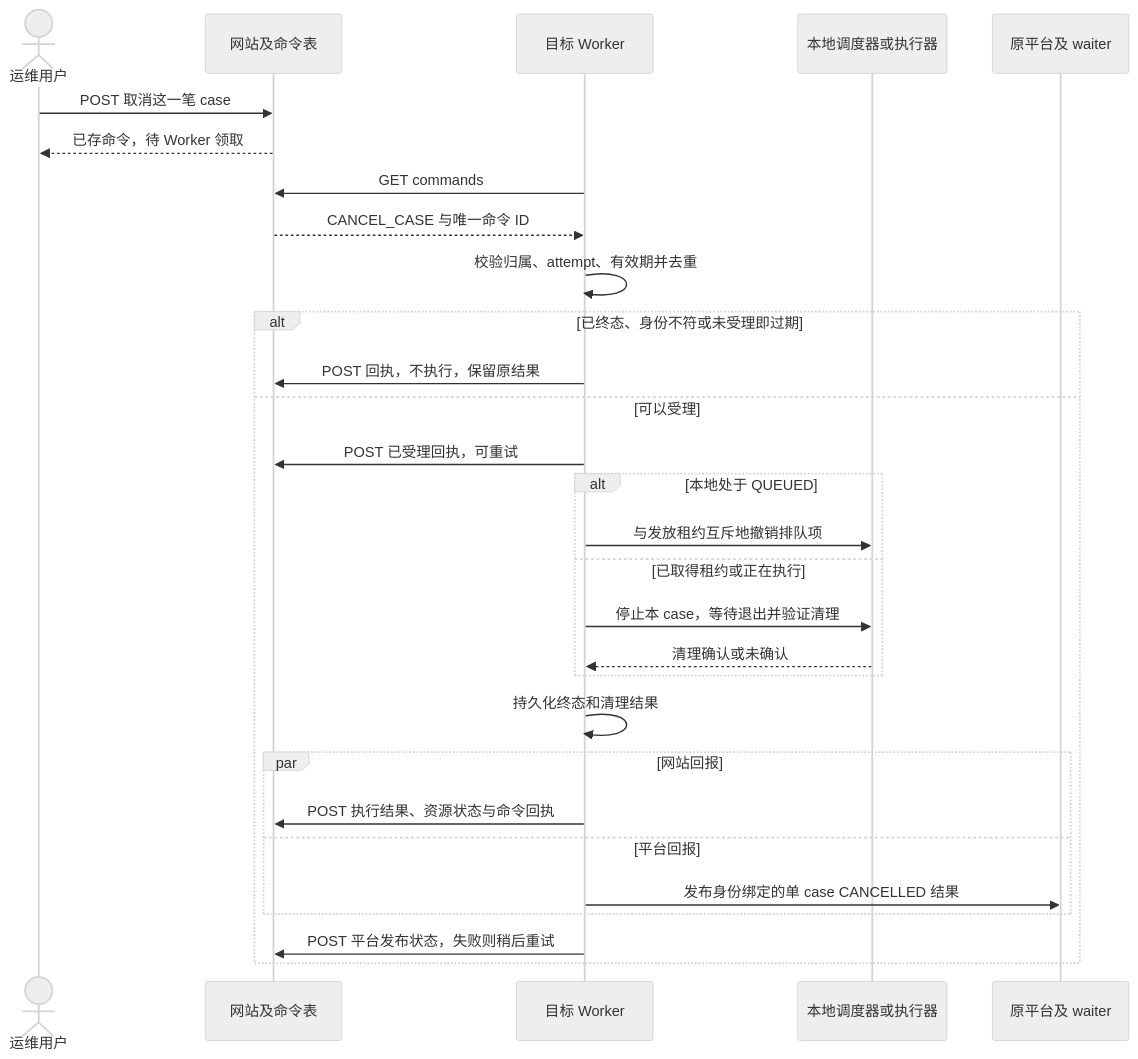
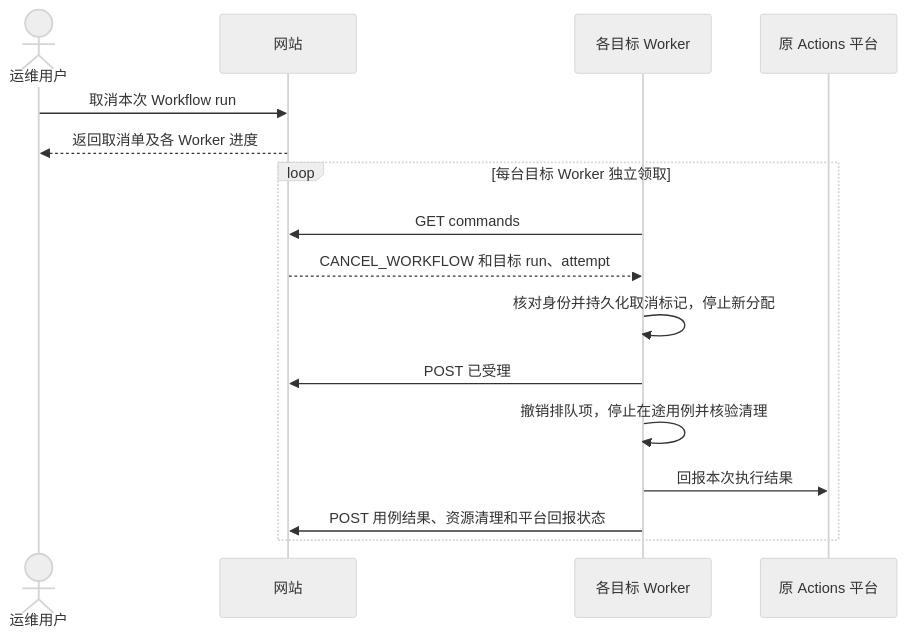
The second of 3 diagrams in control-center/docs/PRD.md (depeng1994/lite-actions), drawn with Mermaid (neutral theme) before and after one commit. The commit also changed other lines of this file, not shown here.

Commit message:
docs: simplify control center PRD and cancel by workflow run

````diff
--- a/control-center/docs/PRD.md
+++ b/control-center/docs/PRD.md
@@ -90,31 +59,18 @@
 ```mermaid
 sequenceDiagram
-    actor A as 运维用户
-    participant S as 网站及命令表
-    participant W as 目标 Worker
-    participant E as 本地调度器或执行器
-    participant P as 原平台及 waiter
-    A->>S: POST 取消这一笔 case
-    S-->>A: 已存命令，待 Worker 领取
-    W->>S: GET commands
-    S-->>W: CANCEL_CASE 与唯一命令 ID
-    W->>W: 校验归属、attempt、有效期并去重
-    alt 已终态、身份不符或未受理即过期
-        W->>S: POST 回执，不执行，保留原结果
-    else 可以受理
-        W->>S: POST 已受理回执，可重试
-        alt 本地处于 QUEUED
-            W->>E: 与发放租约互斥地撤销排队项
-        else 已取得租约或正在执行
-            W->>E: 停止本 case，等待退出并验证清理
-            E-->>W: 清理确认或未确认
-        end
-        W->>W: 持久化终态和清理结果
-        par 网站回报
-            W->>S: POST 执行结果、资源状态与命令回执
-        and 平台回报
-            W->>P: 发布身份绑定的单 case CANCELLED 结果
-        end
-        W->>S: POST 平台发布状态，失败则稍后重试
+    actor U as 运维用户
+    participant S as 网站
+    participant W as 各目标 Worker
+    participant P as 原 Actions 平台
+    U->>S: 取消本次 Workflow run
+    S-->>U: 返回取消单及各 Worker 进度
+    loop 每台目标 Worker 独立领取
+        W->>S: GET commands
+        S-->>W: CANCEL_WORKFLOW 和目标 run、attempt
+        W->>W: 核对身份并持久化取消标记，停止新分配
+        W->>S: POST 已受理
+        W->>W: 撤销排队项，停止在途用例并核验清理
+        W->>P: 回报本次执行结果
+        W->>S: POST 用例结果、资源清理和平台回报状态
     end
 ```
````
